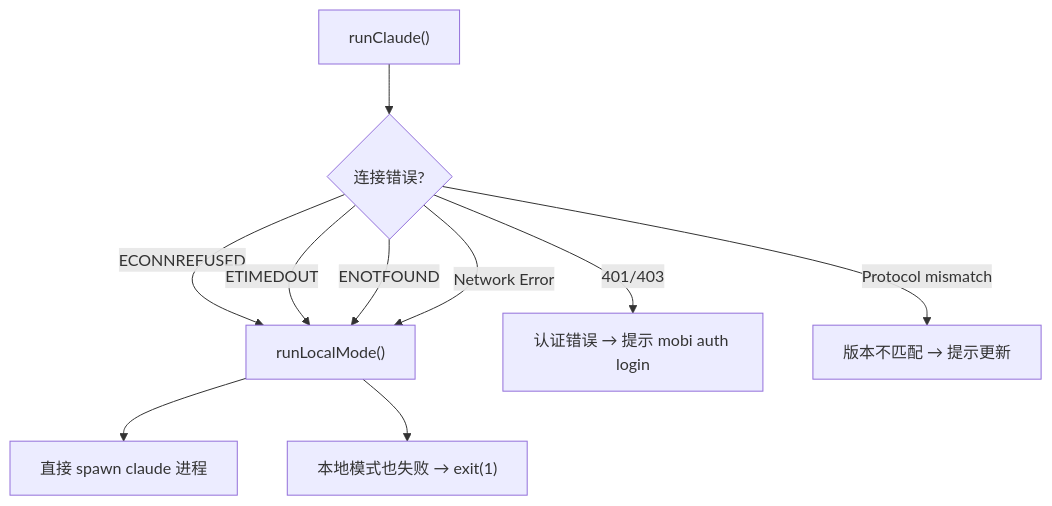
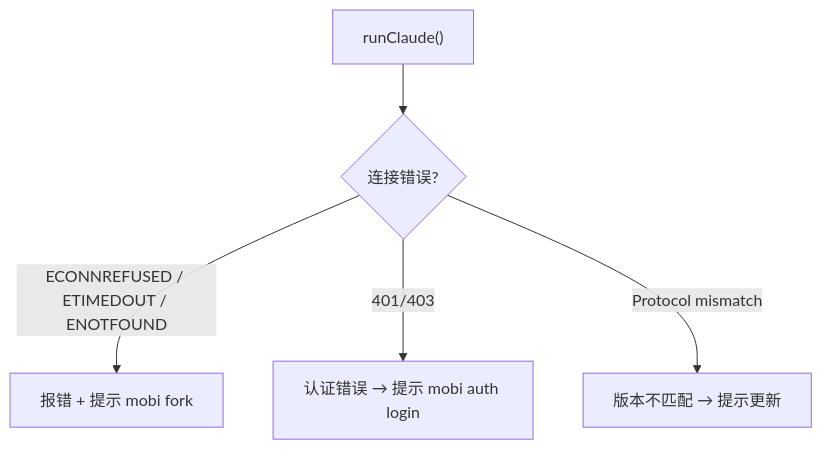
One commit to ModuBit/mobi changed the seventh of 7 diagrams in docs/architecture/cli/commands/claude/README.md. Above: the diagram before and after it, drawn with Mermaid. The commit also changed other lines of this file and 96 other files, not shown here.

First line of the commit message:
feat(cli): TUI 接续改用 fork 语义，删除 local 模式（tui-fork 票 01-08）

````diff
--- a/docs/architecture/cli/commands/claude/README.md
+++ b/docs/architecture/cli/commands/claude/README.md
@@ -435,12 +353,7 @@
 ```mermaid
 flowchart TB
     Try["runClaude()"] --> Error{"连接错误?"}
-    Error -->|ECONNREFUSED| Fallback["runLocalMode()"]
-    Error -->|ETIMEDOUT| Fallback
-    Error -->|ENOTFOUND| Fallback
-    Error -->|Network Error| Fallback
-    Fallback --> Spawn["直接 spawn claude 进程"]
-    Fallback --> Fail["本地模式也失败 → exit(1)"]
+    Error -->|ECONNREFUSED / ETIMEDOUT / ENOTFOUND| Msg["报错 + 提示 mobi fork"]
     Error -->|"401/403"| Auth["认证错误 → 提示 mobi auth login"]
     Error -->|"Protocol mismatch"| Version["版本不匹配 → 提示更新"]
 ```
````
